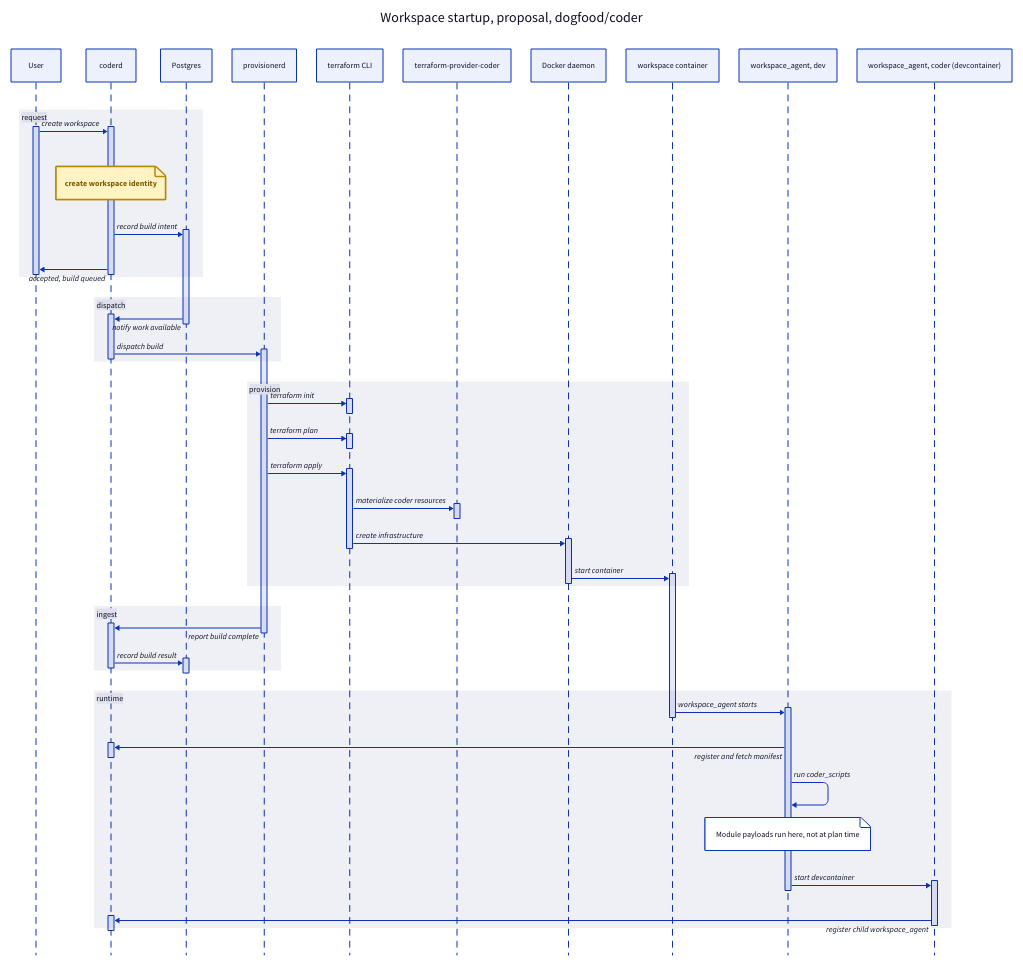
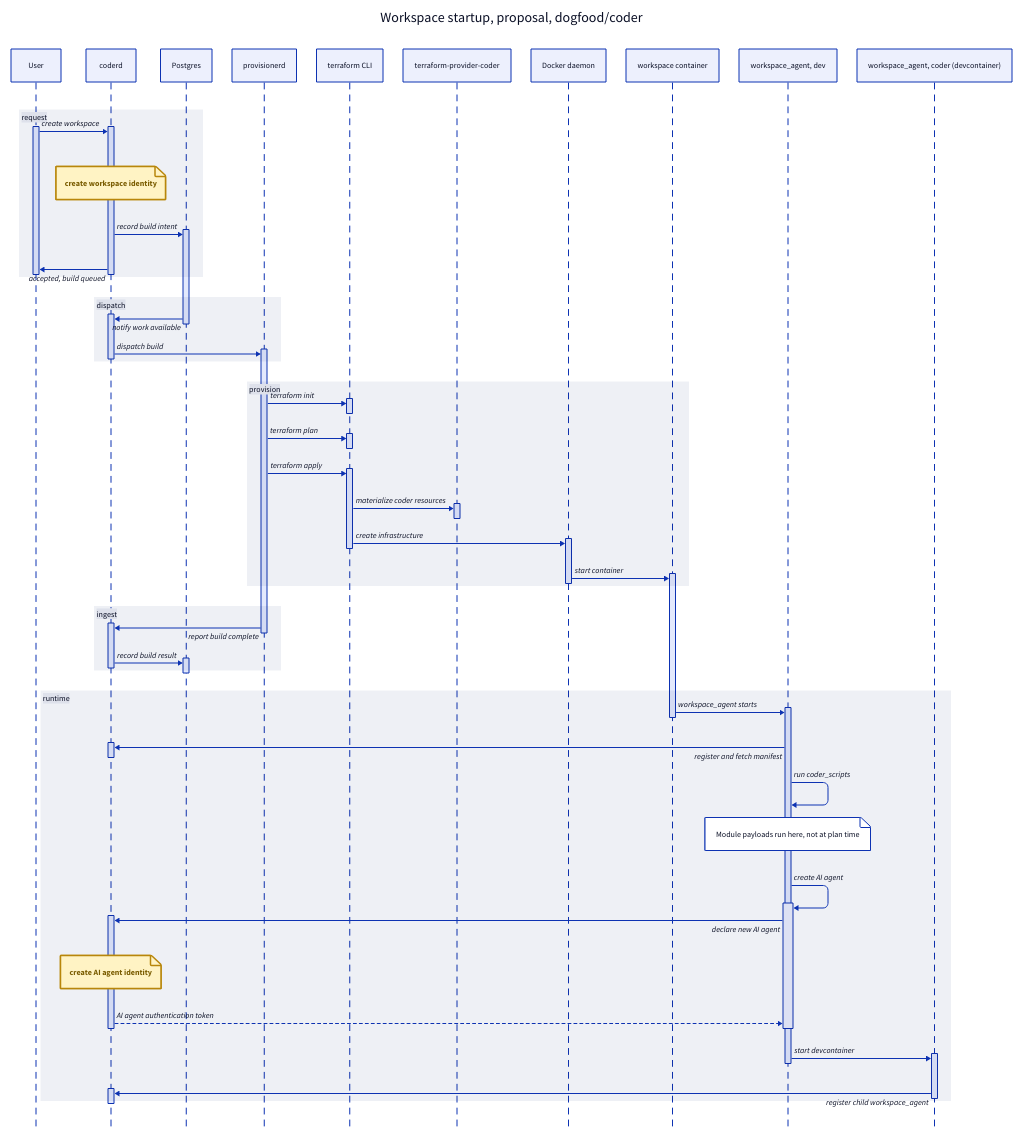
One commit to coder/coder changed the diagram in poc_audit/workspace_startup_proposal.d2. Above: the diagram before and after it, drawn with D2. The commit also changed 1 other file, not shown here.

Commit message:
docs(poc_audit): propose AI agent creation on the workspace_agent
Adds the first proposed elements to the startup diagram, at the insertion
point identified earlier: inside an already running workspace, after the
build has been reported complete and recorded.

Four additions, all after run coder_scripts:

  - a self message on the workspace_agent opening a nested activation
    keyed create_ai_agent
  - a message from it to a new coderd activation, declare new AI agent
  - an auditable note on that activation, create AI agent identity
  - a dashed italic return carrying the AI agent authentication token

The nested activation uses a nested span key so it renders offset from
and overlapping its parent, which is the UML depiction of a nested
activation. d2 expresses nesting through the key hierarchy rather than
as a style, and the offset is a fixed four pixels.

Spans go from 17 to 19. Verified additive against the as-built diagram:
no as-built line absent, 13 diagram lines added.

```diff
--- a/poc_audit/workspace_startup_proposal.d2
+++ b/poc_audit/workspace_startup_proposal.d2
@@ -1,177 +1,195 @@
 # Proposal: starting a workspace from the dogfood/coder template.
 #
 # Revision 1, derived verbatim from workspace_startup_asbuilt.d2 revision 6.
 # Only the title and this header differ so far.
 #
 # RELATIONSHIP TO THE AS BUILT DIAGRAM
 #
 # This diagram is additive with respect to workspace_startup_asbuilt.d2.
 # Lifelines, activations, messages, and notes may be added here. Nothing
 # present in the as built diagram may be removed from this one: no lifeline,
 # no activation bar, no message. Existing elements may be annotated, but the
 # flow they describe stands, because it describes what the system actually
 # does today.
 #
 # The as built diagram is frozen. Changes belong here.
 #
 # Message naming: each message is named for what the control flow means, not
 # for its parameters and not by its internal API name.
 #
 # Label placement: messages use source-arrowhead labels so the text sits near
 # the origin of the arrow rather than centred on it. Long labels are clamped
 # back toward the centre by the layout engine.
 #
 # Scope:
 #   - Success paths only. Anything that could fail is taken to succeed.
 #   - Authentication and authorization are omitted, and assumed to succeed.
 #   - No prebuilds. One workspace, created directly at the request of a user.
 #   - No alternate paths.
 #   - Wait and loop mechanics are omitted. provisionerd is already waiting for
 #     work before the user acts, and returns to waiting afterward.
 #   - No audit journal lifeline yet. Auditable events are expected to be
 #     marked on the timelines here, mostly as notes on activation bars.
 #
 # Collapsed on purpose:
 #   - All UI, CLI, and API flow is folded into the first user arrow.
 #   - Pubsub and backup polling are reduced to one message.
 #   - Terraform inspection commands are not shown.
 #   - Dependency resolution during terraform init is not shown. Providers
 #     resolve from the Terraform registry and are cached across builds via
 #     TF_PLUGIN_CACHE_DIR; modules resolve from Coder registries and, in one
 #     case, from Git. That is a supply chain concern rather than a control
 #     flow one, and needs its own treatment.
 #   - coder_script execution is a self message on the workspace_agent. That
 #     one arrow stands for N concurrent OS processes, started together in an
 #     errgroup, each with its own log file and timeout. The scripts come both
 #     from the template directly, such as install-deps and
 #     boundary_config_setup, and from Coder modules. Cron only scripts, such
 #     as go-cache-cleanup-cron, are scheduled rather than run at startup, so
 #     they are not part of this arrow at all.
 #   - Terraform providers other than coder and docker are not shown.
 #
 # Terminology follows poc_audit/audit_approach.md: workspace_agent is always
 # written in full and never shortened to "agent", since the bare word is
 # reserved for the principal and agent sense.
 #
 # Auditable events carry the "auditable" class. d2 classes are purely visual,
 # so the marking needs a legend to be self-explanatory. Which events are
 # marked is a design choice still being made, so absence of the class means
 # "not yet considered" rather than "decided not auditable".
 
 classes: {
   auditable: {
     style: {
       stroke: "#B8860B"
       stroke-width: 3
       bold: true
       font-color: "#7A5C00"
       fill: "#FFF3C4"
     }
   }
 }
 
 startup: Workspace startup, proposal, dogfood/coder {
   shape: sequence_diagram
 
   user: User
   coderd: coderd
   db: Postgres
   pd: provisionerd
   tf: terraform CLI
   prov: terraform-provider-coder
   docker: Docker daemon
   ctr: workspace container
   agent: workspace_agent, dev
   dc: workspace_agent, coder (devcontainer)
 
   request: {
     user.req -> coderd.create: {
       source-arrowhead.label: create workspace
     }
 
     # Citation for the note below.
     #
     #   coderd/workspaces.go:724      ID: uuid.New()
     #   inside the InsertWorkspaceParams passed to db.InsertWorkspace on the
     #   preceding line, within the transaction opened at :646.
     #
     #   Line number valid at tree 26d5b2e2d21b8c77ab420a3dd04d78cf6a101dc9
     #   on branch tigre. The line itself was last written by commit
     #   118f12ac3abc7e0d607392654b6e85bcf0c8af8c, which is already reachable
     #   from origin/main, so the content citation is durable even though the
     #   line number is tied to this tree.
     #
     #   REMINDER: tigre is a prototype branch that will never merge. Before
     #   this diagram leaves prototype status, re-point this citation at a
     #   commit on main and re-check the line number, which will have moved.
     #
     # This diagram ignores the identifiers for the workspace build and the
     # provisioner job, which are minted in the same activation.
     coderd.create.identity: create workspace identity { class: auditable }
 
     coderd.create -> db.intent: {
       source-arrowhead.label: record build intent
     }
     coderd.create -> user.req: {
       source-arrowhead.label: accepted, build queued
     }
   }
 
   dispatch: {
     db.intent -> coderd.acquirer: {
       source-arrowhead.label: notify work available
     }
     coderd.acquirer -> pd.run: {
       source-arrowhead.label: dispatch build
     }
   }
 
   provision: {
     pd.run -> tf.init: {
       source-arrowhead.label: terraform init
     }
     pd.run -> tf.plan: {
       source-arrowhead.label: terraform plan
     }
     pd.run -> tf.apply: {
       source-arrowhead.label: terraform apply
     }
     tf.apply -> prov.mat: {
       source-arrowhead.label: materialize coder resources
     }
     tf.apply -> docker.create: {
       source-arrowhead.label: create infrastructure
     }
     docker.create -> ctr.boot: {
       source-arrowhead.label: start container
     }
   }
 
   ingest: {
     pd.run -> coderd.complete: {
       source-arrowhead.label: report build complete
     }
     coderd.complete -> db.result: {
       source-arrowhead.label: record build result
     }
   }
 
   runtime: {
     ctr.boot -> agent.up: {
       source-arrowhead.label: workspace_agent starts
     }
     agent.up -> coderd.agentreg: {
       source-arrowhead.label: register and fetch manifest
     }
     agent.up -> agent.up: {
       source-arrowhead.label: run coder_scripts
     }
     agent.up.note: Module payloads run here, not at plan time
+
+    # PROPOSED. Nothing below this point exists today. This is the insertion
+    # point identified earlier: sandbox and AI agent construction happens
+    # here, inside an already running workspace, after the build has already
+    # been reported complete and recorded.
+    agent.up -> agent.up.create_ai_agent: {
+      source-arrowhead.label: create AI agent
+    }
+    agent.up.create_ai_agent -> coderd.aideclare: {
+      source-arrowhead.label: declare new AI agent
+    }
+    coderd.aideclare.identity: create AI agent identity { class: auditable }
+    coderd.aideclare -> agent.up.create_ai_agent: {
+      source-arrowhead.label: AI agent authentication token
+      style.stroke-dash: 3
+      style.italic: true
+    }
+
     agent.up -> dc.up: {
       source-arrowhead.label: start devcontainer
     }
     dc.up -> coderd.subagentreg: {
       source-arrowhead.label: register child workspace_agent
     }
   }
 }
```
